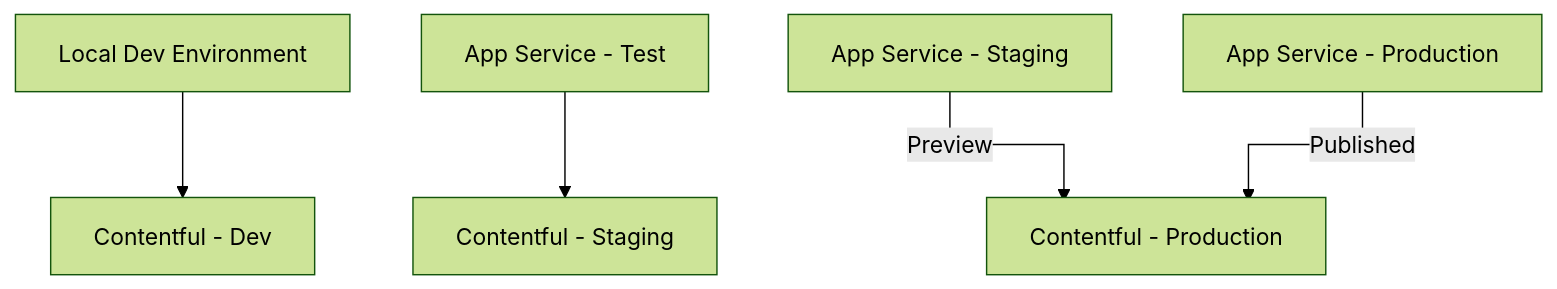
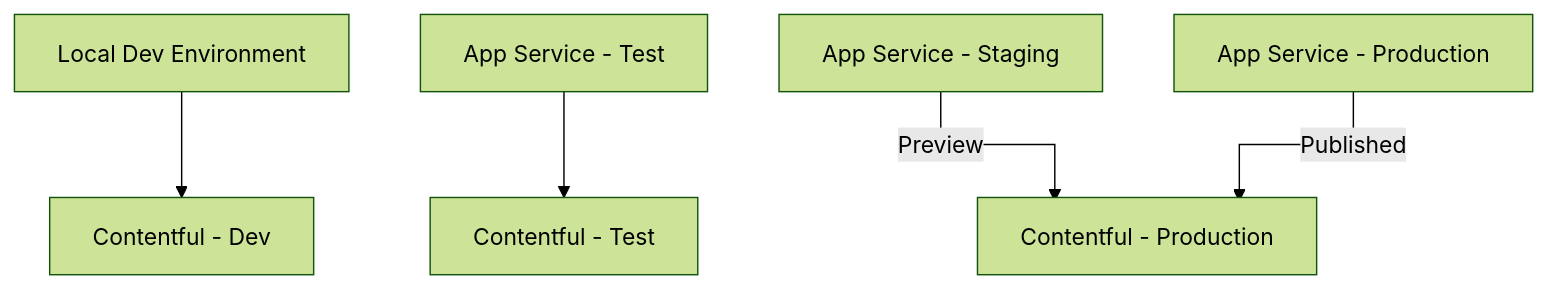
The second of 3 diagrams in docs/architecture/Deployment-Architecture.md (DFE-Digital/care-leavers), drawn with Mermaid (forest theme) before and after one commit. The commit also changed other lines of this file, not shown here.

Commit message:
Contentful environment doc update

````diff
--- a/docs/architecture/Deployment-Architecture.md
+++ b/docs/architecture/Deployment-Architecture.md
@@ -40,10 +40,10 @@
 ```mermaid
 %%{ init: { 'flowchart': { 'curve': 'stepAfter' } } }%%
 flowchart TD
     accDescr: "App Service to Contentful Environment Mapping"
     
     A["Local Dev Environment"]-->CDev["Contentful - Dev"]
-    B["App Service - Test"]-->CStag["Contentful - Staging"]
+    B["App Service - Test"]-->CStag["Contentful - Test"]
     C["App Service - Staging"]--Preview-->CProd["Contentful - Production"]
     D["App Service - Production"]--Published-->CProd
 ```
````
